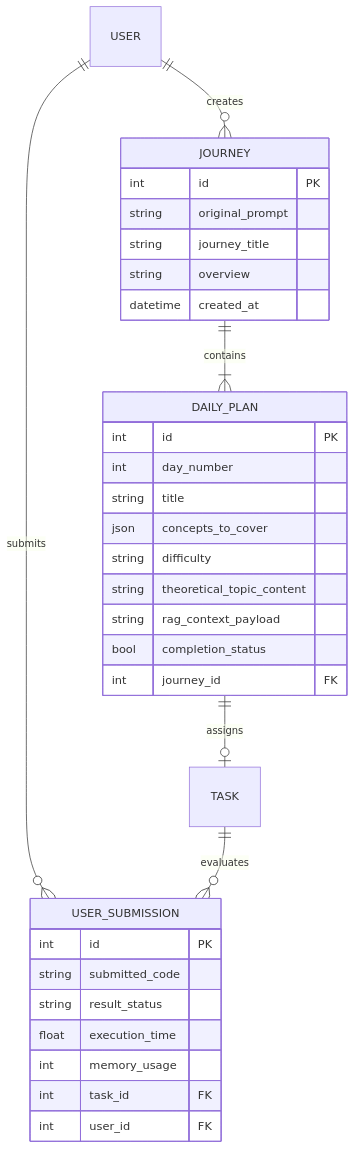
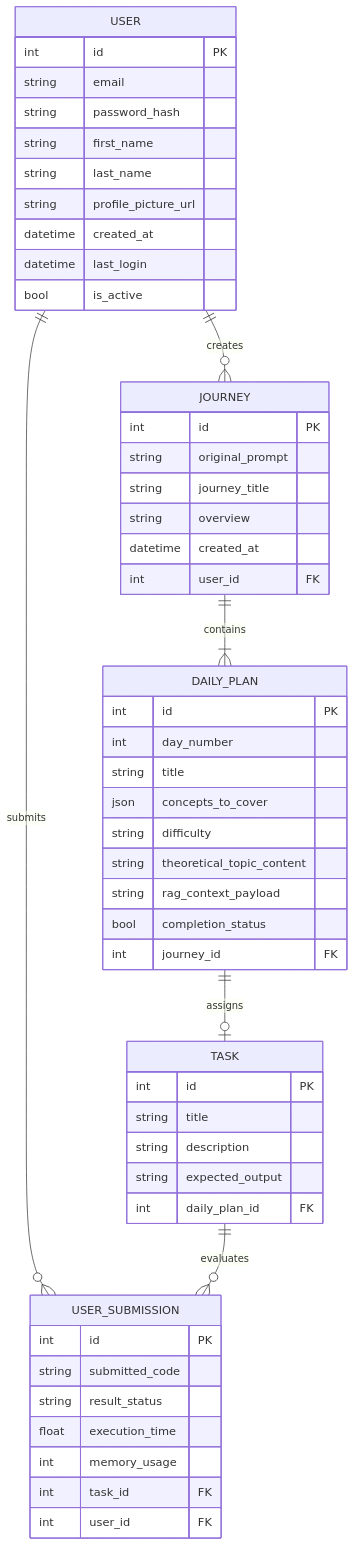
The third of 3 diagrams in README.md (SweetCitrusFlower/Larry), drawn with Mermaid before and after one commit.

Commit message:
Update README with USER and TASK schema details
Added USER and TASK entity definitions to the schema.

````diff
--- a/README.md
+++ b/README.md
@@ -69,38 +69,59 @@
 ```mermaid
 erDiagram
     USER ||--o{ JOURNEY : creates
     JOURNEY ||--|{ DAILY_PLAN : contains
     DAILY_PLAN ||--o| TASK : assigns
     USER ||--o{ USER_SUBMISSION : submits
     TASK ||--o{ USER_SUBMISSION : evaluates
 
+    USER {
+        int id PK
+        string email
+        string password_hash
+        string first_name
+        string last_name
+        string profile_picture_url
+        datetime created_at
+        datetime last_login
+        bool is_active
+    }
+
     JOURNEY {
         int id PK
         string original_prompt
         string journey_title
         string overview
         datetime created_at
+        int user_id FK
     }
 
     DAILY_PLAN {
         int id PK
         int day_number
         string title
         json concepts_to_cover
         string difficulty
         string theoretical_topic_content
         string rag_context_payload
         bool completion_status
         int journey_id FK
     }
+    
+    TASK {
+        int id PK
+        string title
+        string description
+        string expected_output
+        int daily_plan_id FK
+    }
 
     USER_SUBMISSION {
         int id PK
         string submitted_code
         string result_status
         float execution_time
         int memory_usage
         int task_id FK
         int user_id FK
     }
 ```
````
